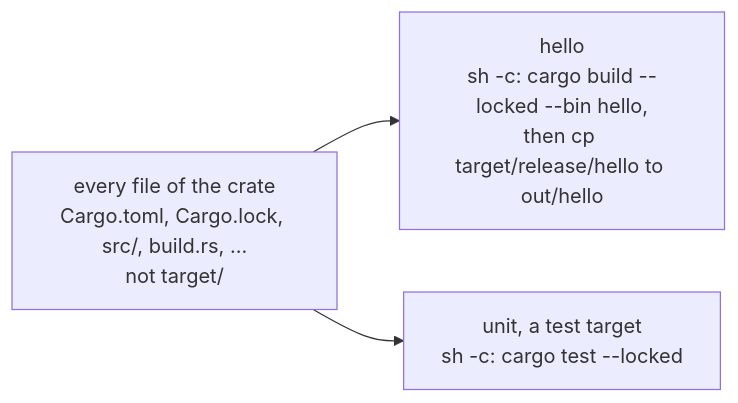
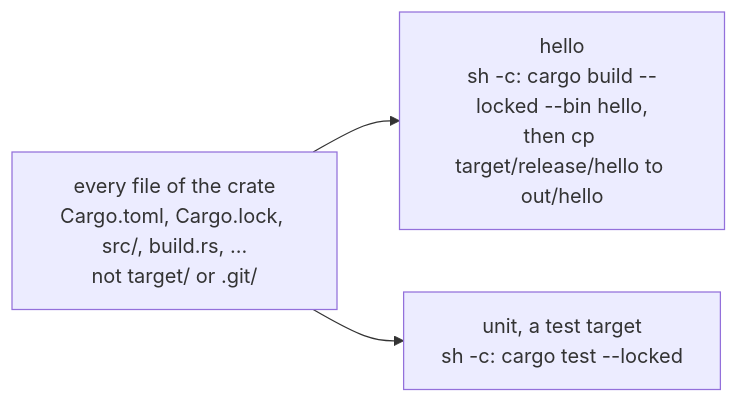
The diagram in book/src/ch08-05-the-rust-plugin.md (airsstack/buildl), drawn with Mermaid before and after one commit. The commit also changed other lines of this file and 11 other files, not shown here.

````diff
--- a/book/src/ch08-05-the-rust-plugin.md
+++ b/book/src/ch08-05-the-rust-plugin.md
@@ -154,8 +154,8 @@
 ```mermaid
 %% What rust.binary and rust.test declare for examples/rust
 graph LR
-    F["every file of the crate<br/>Cargo.toml, Cargo.lock, src/, build.rs, ...<br/>not target/"] --> B
+    F["every file of the crate<br/>Cargo.toml, Cargo.lock, src/, build.rs, ...<br/>not target/ or .git/"] --> B
     F --> T
     B["hello<br/>sh -c: cargo build --locked --bin hello,<br/>then cp target/release/hello to out/hello"]
     T["unit, a test target<br/>sh -c: cargo test --locked"]
 ```
````
